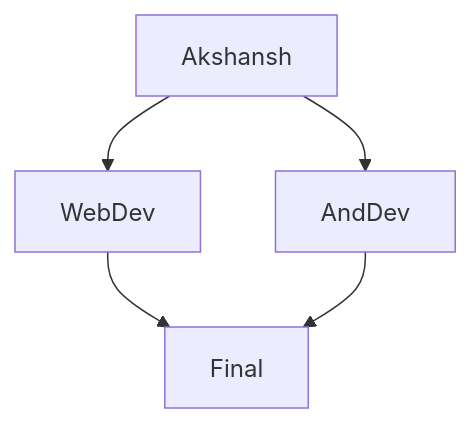
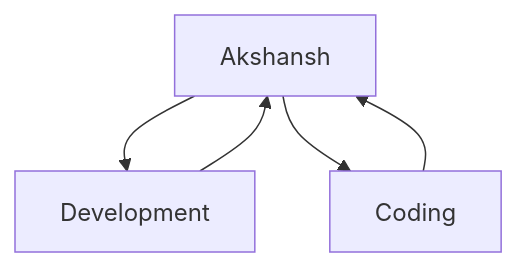
One commit to AkshanshChauhan/deployReactJsApplication changed the diagram in README.md. Above: the diagram before and after it, drawn with Mermaid.

````diff
--- a/README.md
+++ b/README.md
@@ -15,7 +15,7 @@
 ```mermaid
 graph TD;
-    Akshansh-->WebDev;
-    Akshansh-->AndDev;
-    WebDev-->Final;
-    AndDev-->Final;
+    Akshansh-->Development;
+    Akshansh-->Coding;
+    Development-->Akshansh;
+    Coding-->Akshansh;
 ```
````
